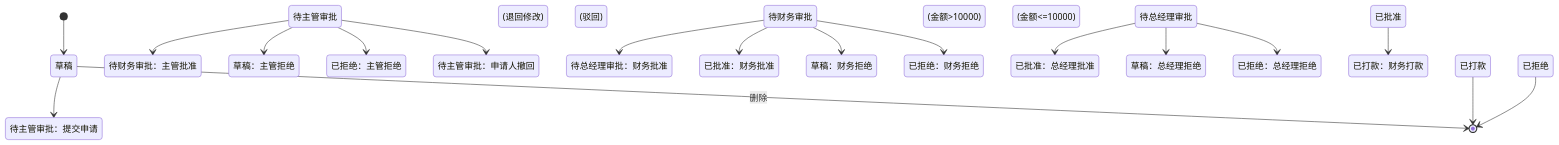
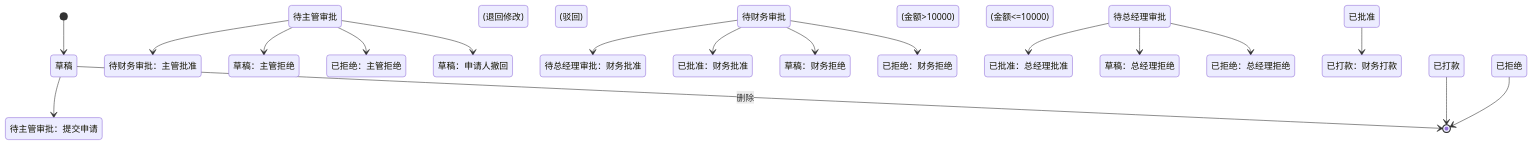
The second of 2 diagrams in templates/state-transition-machine.md (beforefxlt/qa-prompts), drawn with Mermaid before and after one commit. The commit also changed other lines of this file and 2 other files, not shown here.

````diff
--- a/templates/state-transition-machine.md
+++ b/templates/state-transition-machine.md
@@ -126,25 +126,25 @@
 ```mermaid
 stateDiagram-v2
     [*] --> 草稿
 
     草稿 --> 待主管审批：提交申请
     草稿 --> [*] : 删除
 
     待主管审批 --> 待财务审批：主管批准
     待主管审批 --> 草稿：主管拒绝 (退回修改)
     待主管审批 --> 已拒绝：主管拒绝 (驳回)
-    待主管审批 --> 待主管审批：申请人撤回
+    待主管审批 --> 草稿：申请人撤回
 
     待财务审批 --> 待总经理审批：财务批准 (金额>10000)
     待财务审批 --> 已批准：财务批准 (金额<=10000)
     待财务审批 --> 草稿：财务拒绝 (退回修改)
     待财务审批 --> 已拒绝：财务拒绝 (驳回)
 
     待总经理审批 --> 已批准：总经理批准
     待总经理审批 --> 草稿：总经理拒绝 (退回修改)
     待总经理审批 --> 已拒绝：总经理拒绝 (驳回)
 
     已批准 --> 已打款：财务打款
     已打款 --> [*]
     已拒绝 --> [*]
 ```
````
